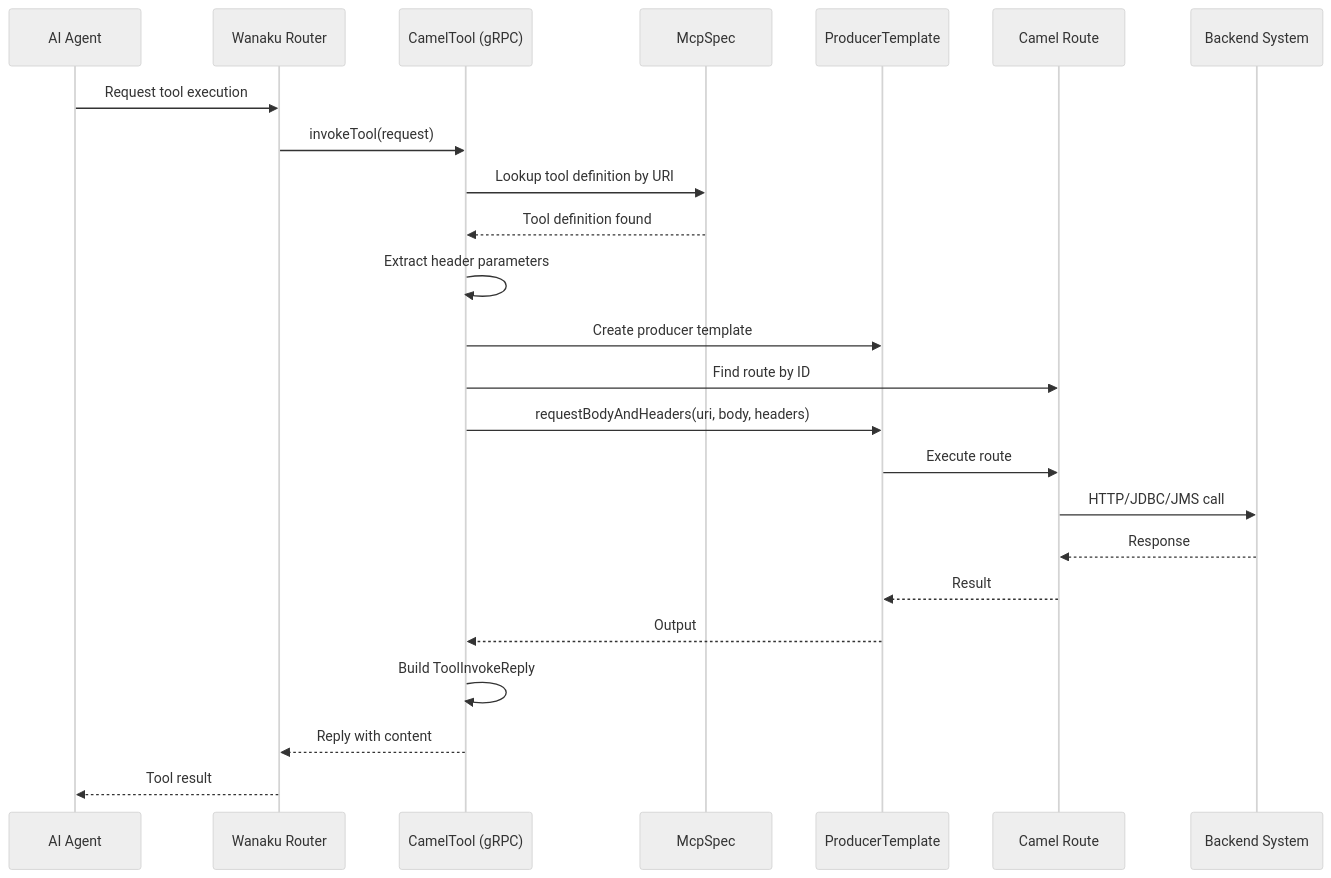
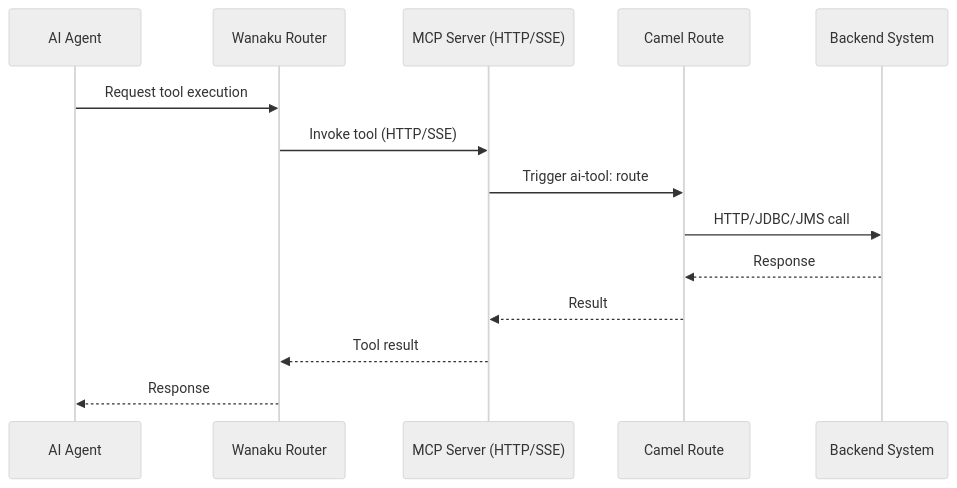
The fourth of 5 diagrams in docs/architecture.md (wanaku-ai/camel-integration-capability), drawn with Mermaid (neutral theme) before and after one commit. The commit also changed other lines of this file and 35 other files, not shown here.

First line of the commit message:
Adapt CIC for Wanaku Praxis and Camel 4.22 MCP server

````diff
--- a/docs/architecture.md
+++ b/docs/architecture.md
@@ -164,28 +107,17 @@
 ```mermaid
 sequenceDiagram
     participant Agent as AI Agent
     participant Router as Wanaku Router
-    participant Tool as CamelTool (gRPC)
-    participant Spec as McpSpec
-    participant Producer as ProducerTemplate
-    participant Route as Camel Route
+    participant MCP as MCP Server (HTTP/SSE)
+    participant Camel as Camel Route
     participant Backend as Backend System
 
     Agent->>Router: Request tool execution
-    Router->>Tool: invokeTool(request)
-    Tool->>Spec: Lookup tool definition by URI
-    Spec-->>Tool: Tool definition found
-
-    Tool->>Tool: Extract header parameters
-    Tool->>Producer: Create producer template
-    Tool->>Route: Find route by ID
-    Tool->>Producer: requestBodyAndHeaders(uri, body, headers)
-    Producer->>Route: Execute route
-    Route->>Backend: HTTP/JDBC/JMS call
-    Backend-->>Route: Response
-    Route-->>Producer: Result
-    Producer-->>Tool: Output
-    Tool->>Tool: Build ToolInvokeReply
-    Tool-->>Router: Reply with content
-    Router-->>Agent: Tool result
+    Router->>MCP: Invoke tool (HTTP/SSE)
+    MCP->>Camel: Trigger ai-tool: route
+    Camel->>Backend: HTTP/JDBC/JMS call
+    Backend-->>Camel: Response
+    Camel-->>MCP: Result
+    MCP-->>Router: Tool result
+    Router-->>Agent: Response
 ```
````
